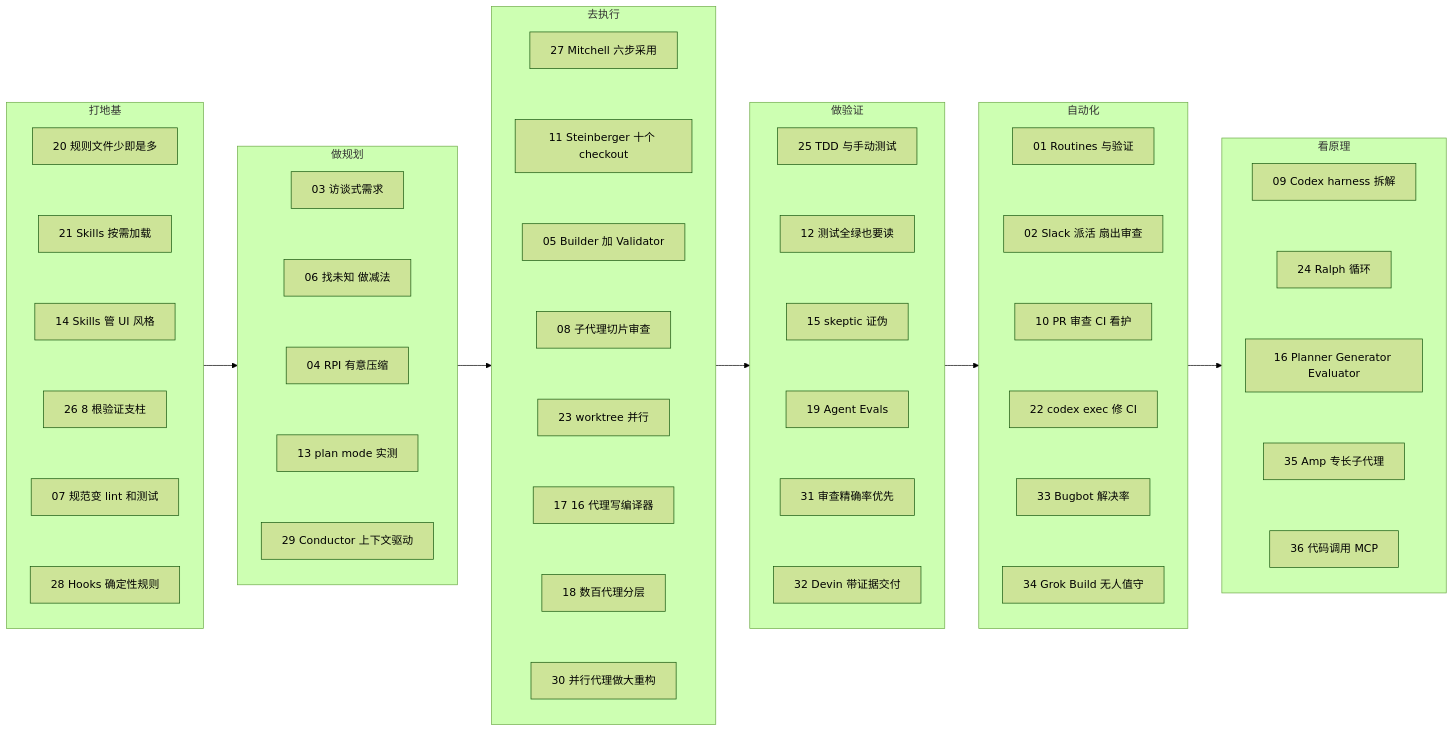
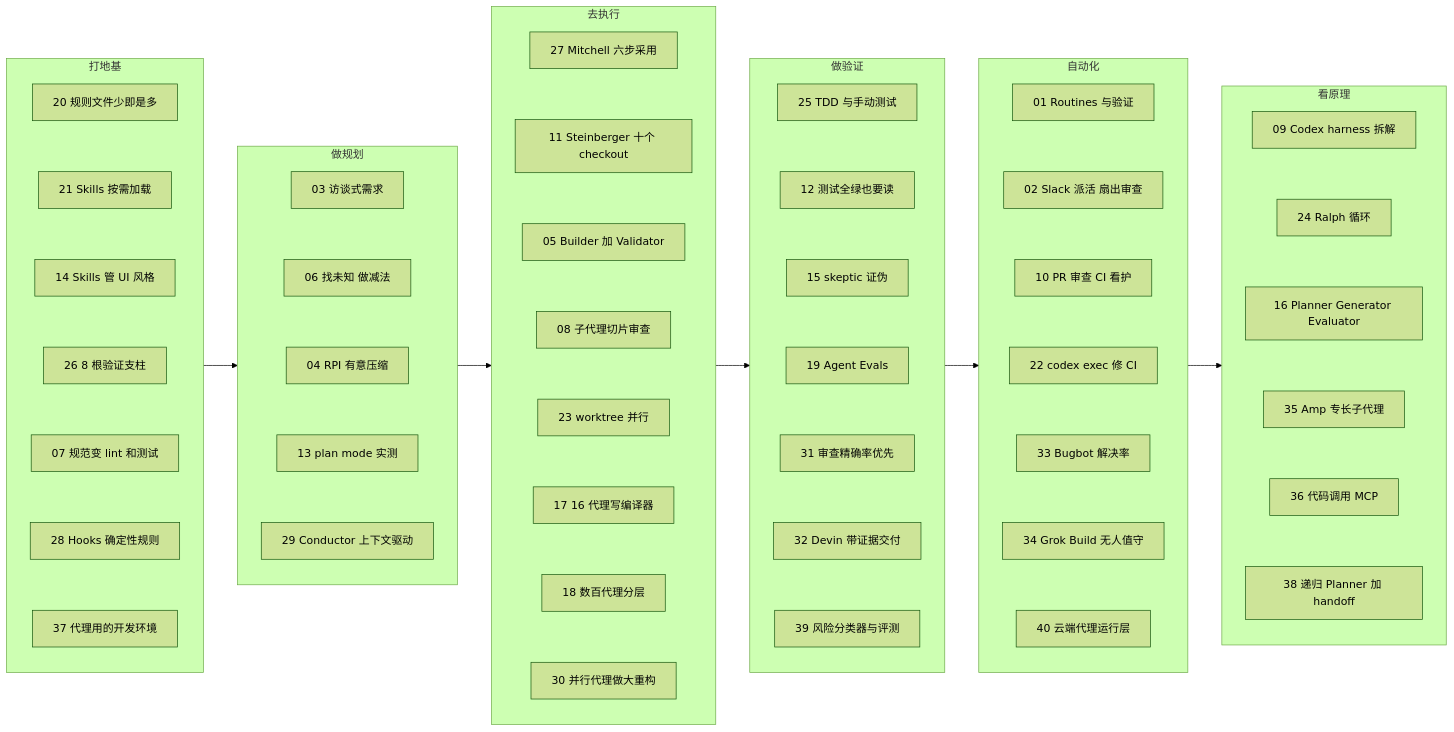
One commit to yzw7489757/ai-coding-videos changed the diagram in docs/index.md. Above: the diagram before and after it, drawn with Mermaid (forest theme). The commit also changed other lines of this file and 20 other files, not shown here.

````diff
--- a/docs/index.md
+++ b/docs/index.md
@@ -121,11 +104,13 @@
     A26["26 8 根验证支柱"]
     A07["07 规范变 lint 和测试"]
     A28["28 Hooks 确定性规则"]
+    A37["37 代理用的开发环境"]
     A20 ~~~ A21
     A21 ~~~ A14
     A14 ~~~ A26
     A26 ~~~ A07
     A07 ~~~ A28
+    A28 ~~~ A37
   end
   subgraph S2["做规划"]
     direction TB
@@ -165,11 +150,13 @@
     A19["19 Agent Evals"]
     A31["31 审查精确率优先"]
     A32["32 Devin 带证据交付"]
+    A39["39 风险分类器与评测"]
     A25 ~~~ A12
     A12 ~~~ A15
     A15 ~~~ A19
     A19 ~~~ A31
     A31 ~~~ A32
+    A32 ~~~ A39
   end
   subgraph S5["自动化"]
     direction TB
@@ -179,11 +166,13 @@
     A22["22 codex exec 修 CI"]
     A33["33 Bugbot 解决率"]
     A34["34 Grok Build 无人值守"]
+    A40["40 云端代理运行层"]
     A01 ~~~ A02
     A02 ~~~ A10
     A10 ~~~ A22
     A22 ~~~ A33
     A33 ~~~ A34
+    A34 ~~~ A40
   end
   subgraph S6["看原理"]
     direction TB
@@ -192,10 +181,12 @@
     A16["16 Planner Generator Evaluator"]
     A35["35 Amp 专长子代理"]
     A36["36 代码调用 MCP"]
+    A38["38 递归 Planner 加 handoff"]
     A09 ~~~ A24
     A24 ~~~ A16
     A16 ~~~ A35
     A35 ~~~ A36
+    A36 ~~~ A38
   end
   S1 --> S2 --> S3 --> S4 --> S5 --> S6
 ```
````
